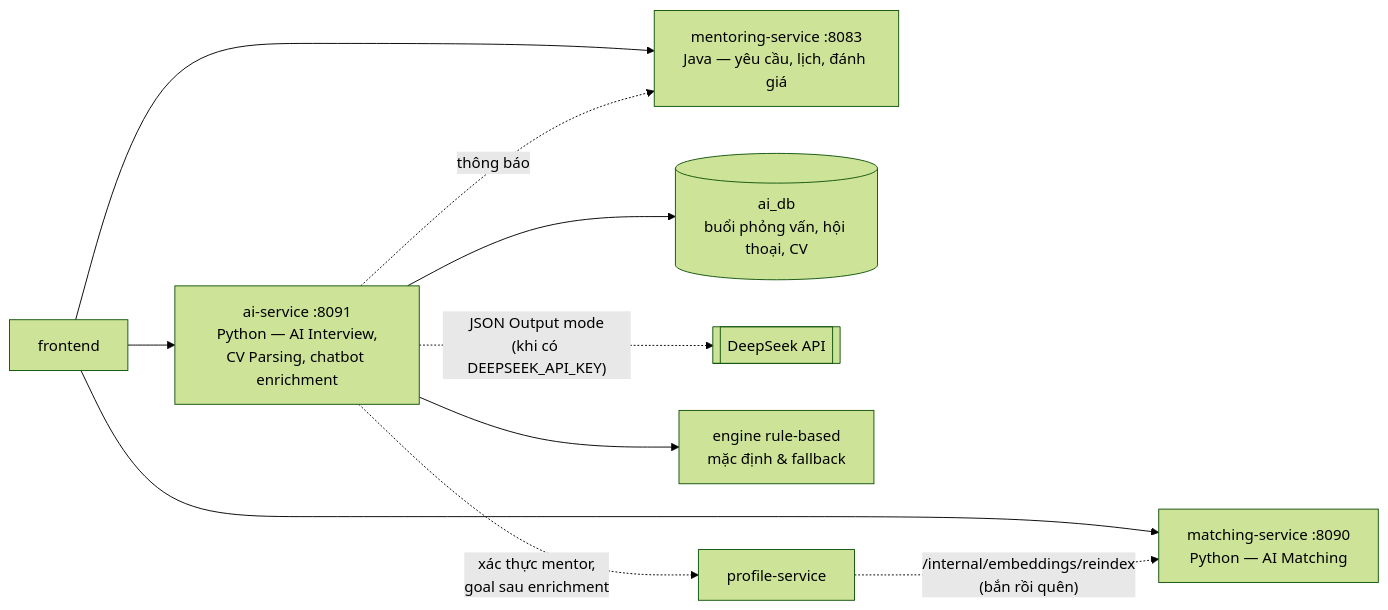
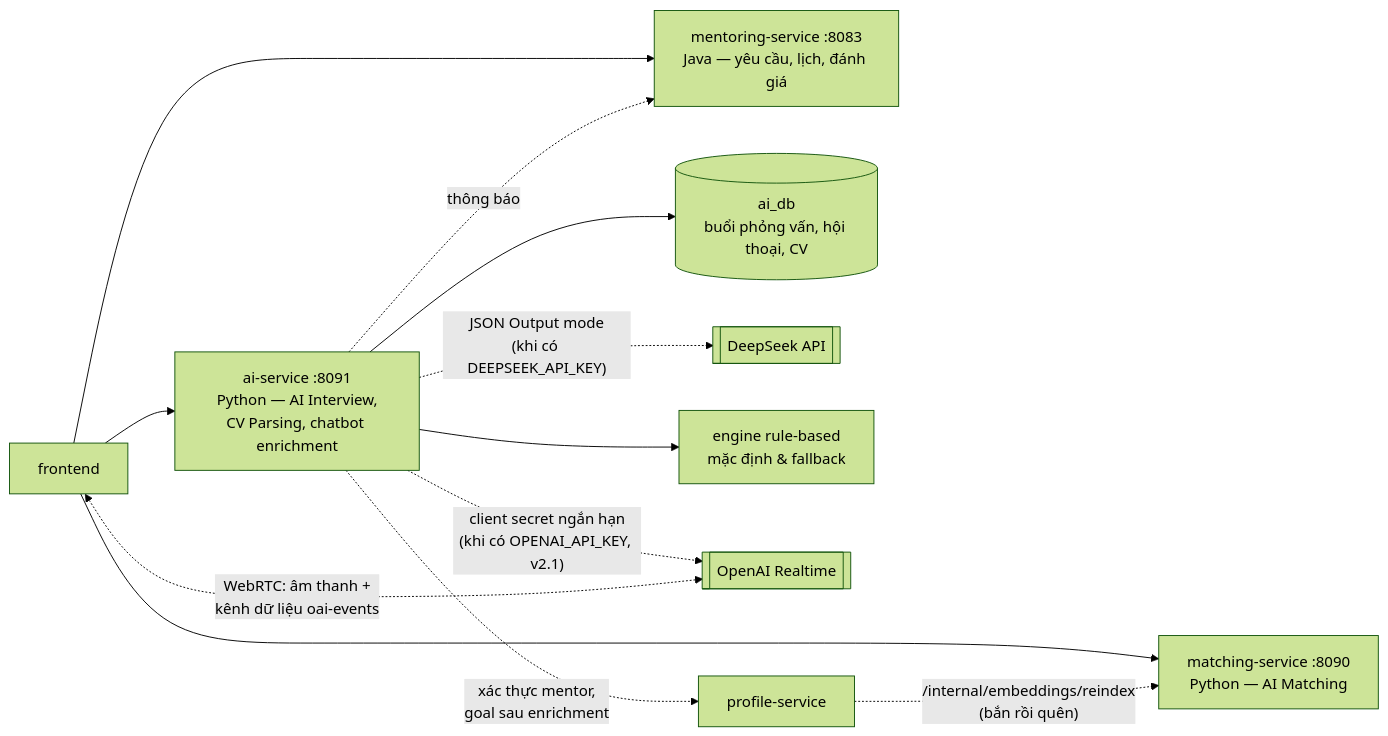
The first of 6 diagrams in docs/ai-features.md (quangpham10212004/do_an_2026), drawn with Mermaid (forest theme) before and after one commit. The commit also changed other lines of this file and 47 other files, not shown here.

````diff
--- a/docs/ai-features.md
+++ b/docs/ai-features.md
@@ -19,12 +19,14 @@
 ```mermaid
 flowchart LR
     FE[frontend] --> AI[ai-service :8091<br/>Python — AI Interview,<br/>CV Parsing, chatbot enrichment]
     FE --> MT[matching-service :8090<br/>Python — AI Matching]
     FE --> MS[mentoring-service :8083<br/>Java — yêu cầu, lịch, đánh giá]
     AI --> AIDB[(ai_db<br/>buổi phỏng vấn, hội thoại, CV)]
     AI -. "JSON Output mode<br/>(khi có DEEPSEEK_API_KEY)" .-> DS[[DeepSeek API]]
     AI --> RB[engine rule-based<br/>mặc định & fallback]
+    AI -. "client secret ngắn hạn<br/>(khi có OPENAI_API_KEY, v2.1)" .-> OA[[OpenAI Realtime]]
+    FE <-. "WebRTC: âm thanh +<br/>kênh dữ liệu oai-events" .-> OA
     AI -. "xác thực mentor,<br/>goal sau enrichment" .-> PS[profile-service]
     AI -. "thông báo" .-> MS
     PS -. "/internal/embeddings/reindex<br/>(bắn rồi quên)" .-> MT
 ```
````
